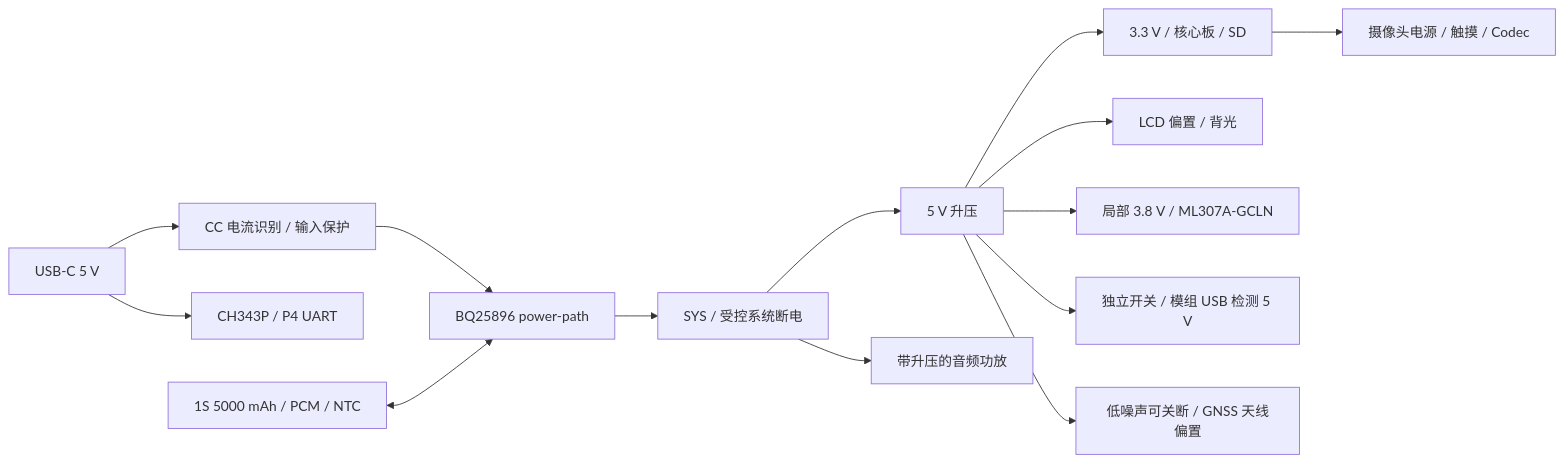
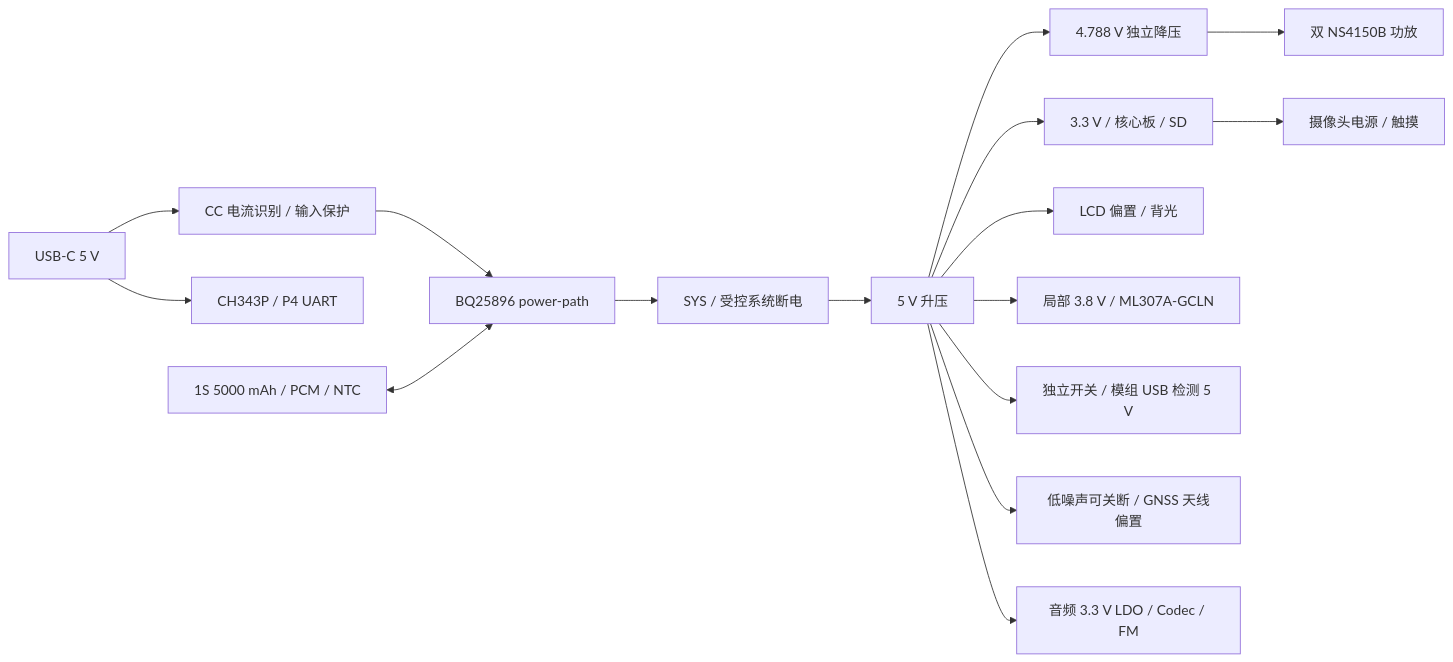
One commit to sundaydayhao/odb2-car-display changed the diagram in display_board/hardware/display-carrier/README.md. Above: the diagram before and after it, drawn with Mermaid. The commit also changed other lines of this file and 41 other files, not shown here.

````diff
--- a/display_board/hardware/display-carrier/README.md
+++ b/display_board/hardware/display-carrier/README.md
@@ -84,16 +86,18 @@
 ```mermaid
 flowchart LR
   USB[USB-C 5 V] --> CC[CC 电流识别 / 输入保护]
   USB --> UART[CH343P / P4 UART]
   CC --> CHG[BQ25896 power-path]
   BAT[1S 5000 mAh / PCM / NTC] <--> CHG
   CHG --> SYS[SYS / 受控系统断电]
   SYS --> BOOST[5 V 升压]
-  SYS --> AMP[带升压的音频功放]
+  BOOST --> PAV[4.788 V 独立降压]
+  PAV --> AMP[双 NS4150B 功放]
   BOOST --> CORE[3.3 V / 核心板 / SD]
   BOOST --> LCD[LCD 偏置 / 背光]
   BOOST --> LTE[局部 3.8 V / ML307A-GCLN]
   BOOST --> VBUS[独立开关 / 模组 USB 检测 5 V]
   BOOST --> GNSS[低噪声可关断 / GNSS 天线偏置]
-  CORE --> CAM[摄像头电源 / 触摸 / Codec]
+  CORE --> CAM[摄像头电源 / 触摸]
+  BOOST --> AUDIO[音频 3.3 V LDO / Codec / FM]
 ```
````
